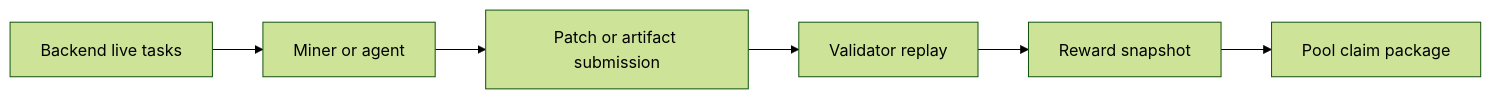
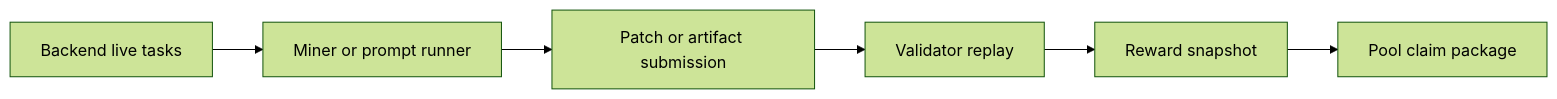
Before and after one commit to AlveusLabs/SN94-BitSota: the diagram in docs/index.md, drawn with Mermaid (forest theme). The commit also changed other lines of this file and 17 other files, not shown here.

Commit message:
Make agent mining prompt-pack based

````diff
--- a/docs/index.md
+++ b/docs/index.md
@@ -30,8 +30,8 @@
 ```mermaid
 flowchart LR
-  Tasks[Backend live tasks] --> Miner[Miner or agent]
+  Tasks[Backend live tasks] --> Miner[Miner or prompt runner]
   Miner --> Submit[Patch or artifact submission]
   Submit --> Replay[Validator replay]
   Replay --> Rewards[Reward snapshot]
   Rewards --> Claims[Pool claim package]
 ```
````
